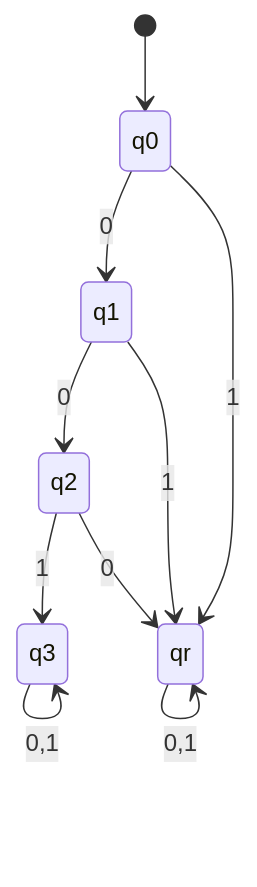
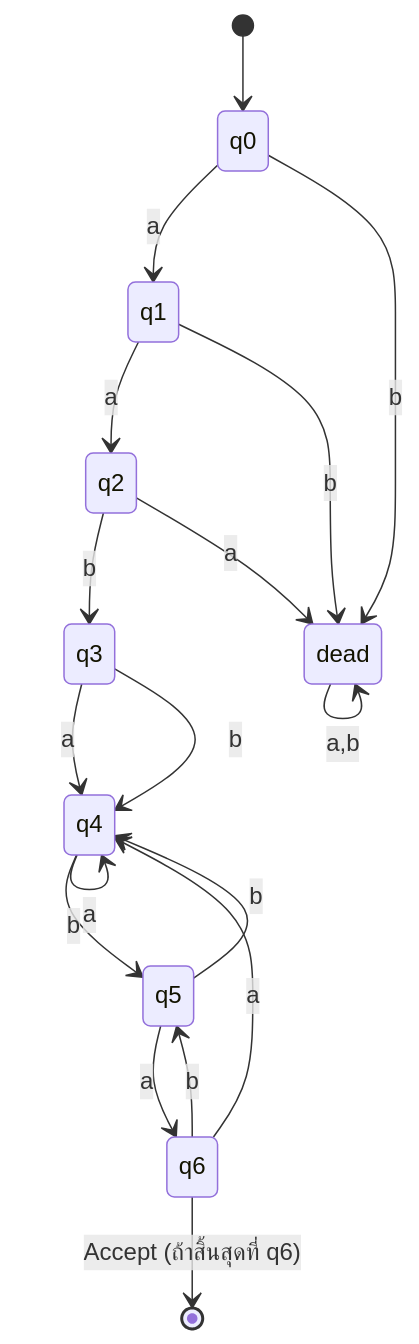
Before and after one commit to TaiChi112/Documents: the diagram in TOC/dfa_feat_o2.md, drawn with Mermaid.

````diff
--- a/TOC/dfa_feat_o2.md
+++ b/TOC/dfa_feat_o2.md
@@ -4,14 +4,31 @@
 ```mermaid
-stateDiagram-v2
+stateDiagram
     [*] --> q0
-    q0 --> q1 : 0
-    q0 --> qr : 1
-    q1 --> q2 : 0
-    q1 --> qr : 1
-    q2 --> q3 : 1
-    q2 --> qr : 0
-    q3 --> q3 : 0,1
-    qr --> qr : 0,1
+    q0 --> q1 : a
+    q0 --> dead : b
 
-    state q3 <<accept>>
+    q1 --> q2 : a
+    q1 --> dead : b
+
+    q2 --> q3 : b
+    q2 --> dead : a
+
+    %% กลาง: รับอะไรก็ได้หลัง aab
+    q3 --> q4 : a
+    q3 --> q4 : b
+
+    %% Sliding window 3 ตัวสุดท้าย
+    q4 --> q4 : a
+    q4 --> q5 : b
+
+    q5 --> q6 : a
+    q5 --> q4 : b
+
+    q6 --> q4 : a
+    q6 --> q5 : b
+
+    q6 --> [*] : Accept (ถ้าสิ้นสุดที่ q6)
+
+    dead --> dead : a,b
+
 ```
````
